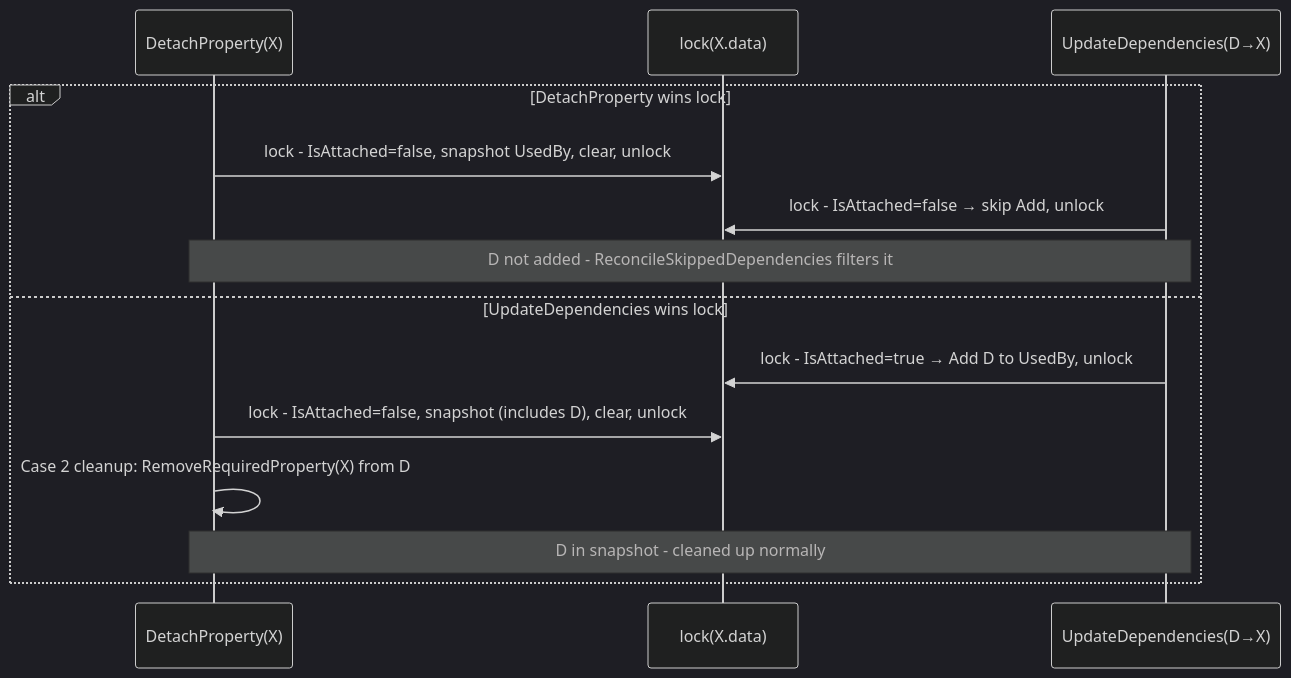
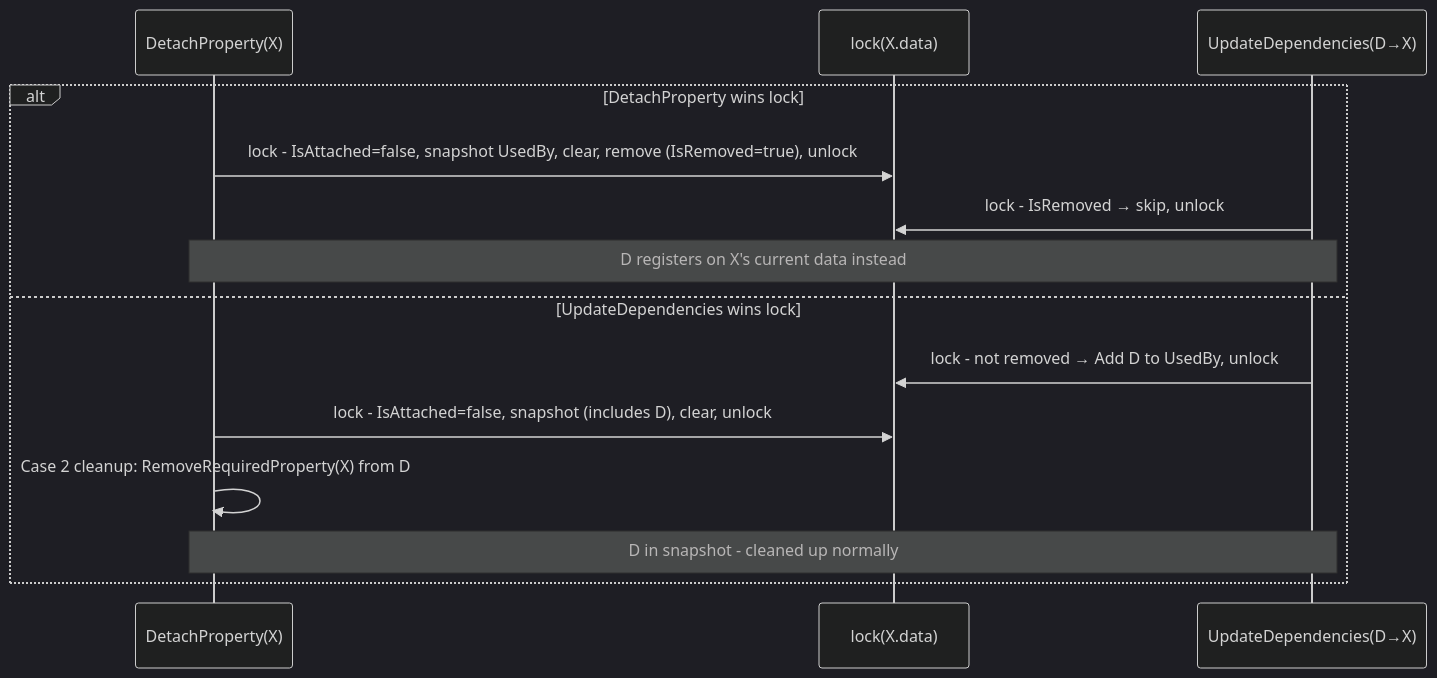
The seventh of 7 diagrams in docs/design/tracking-derived-properties.md (RicoSuter/Namotion.Interceptor), drawn with Mermaid (dark theme) before and after one commit. The commit also changed other lines of this file and 5 other files, not shown here.

````diff
--- a/docs/design/tracking-derived-properties.md
+++ b/docs/design/tracking-derived-properties.md
@@ -576,17 +581,17 @@
 ```mermaid
 sequenceDiagram
     participant Det as DetachProperty(X)
     participant XD as lock(X.data)
     participant Upd as UpdateDependencies(D→X)
 
     alt DetachProperty wins lock
-        Det->>XD: lock - IsAttached=false, snapshot UsedBy, clear, unlock
-        Upd->>XD: lock - IsAttached=false → skip Add, unlock
-        Note over Det,Upd: D not added - ReconcileSkippedDependencies filters it
+        Det->>XD: lock - IsAttached=false, snapshot UsedBy, clear, remove (IsRemoved=true), unlock
+        Upd->>XD: lock - IsRemoved → skip, unlock
+        Note over Det,Upd: D registers on X's current data instead
     else UpdateDependencies wins lock
-        Upd->>XD: lock - IsAttached=true → Add D to UsedBy, unlock
+        Upd->>XD: lock - not removed → Add D to UsedBy, unlock
         Det->>XD: lock - IsAttached=false, snapshot (includes D), clear, unlock
         Det->>Det: Case 2 cleanup: RemoveRequiredProperty(X) from D
         Note over Det,Upd: D in snapshot - cleaned up normally
     end
 ```
````
